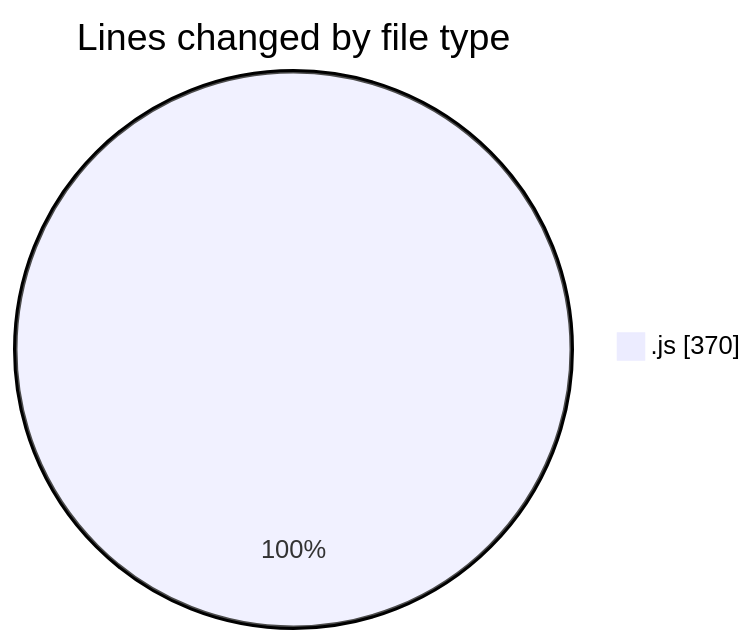
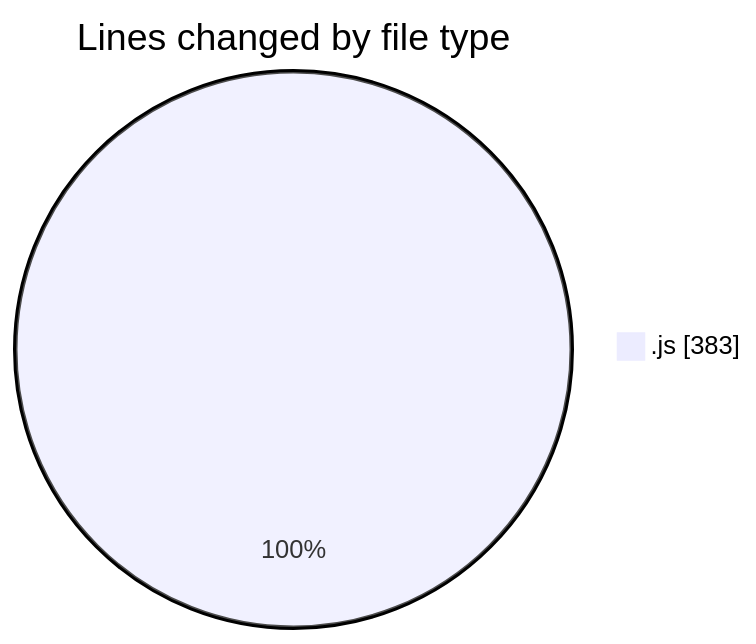
Before and after one commit to Ritupan-Deka/code-tracking: the first of 2 diagrams in 2025-07-17/mern-workoutboard/README.md, drawn with Mermaid. The commit also changed other lines of this file and 1 other file, not shown here.

````diff
--- a/2025-07-17/mern-workoutboard/README.md
+++ b/2025-07-17/mern-workoutboard/README.md
@@ -23,5 +23,5 @@
 ```mermaid
 pie showData
 title Lines changed by file type
-".js" : 370
+".js" : 383
 ```
````
